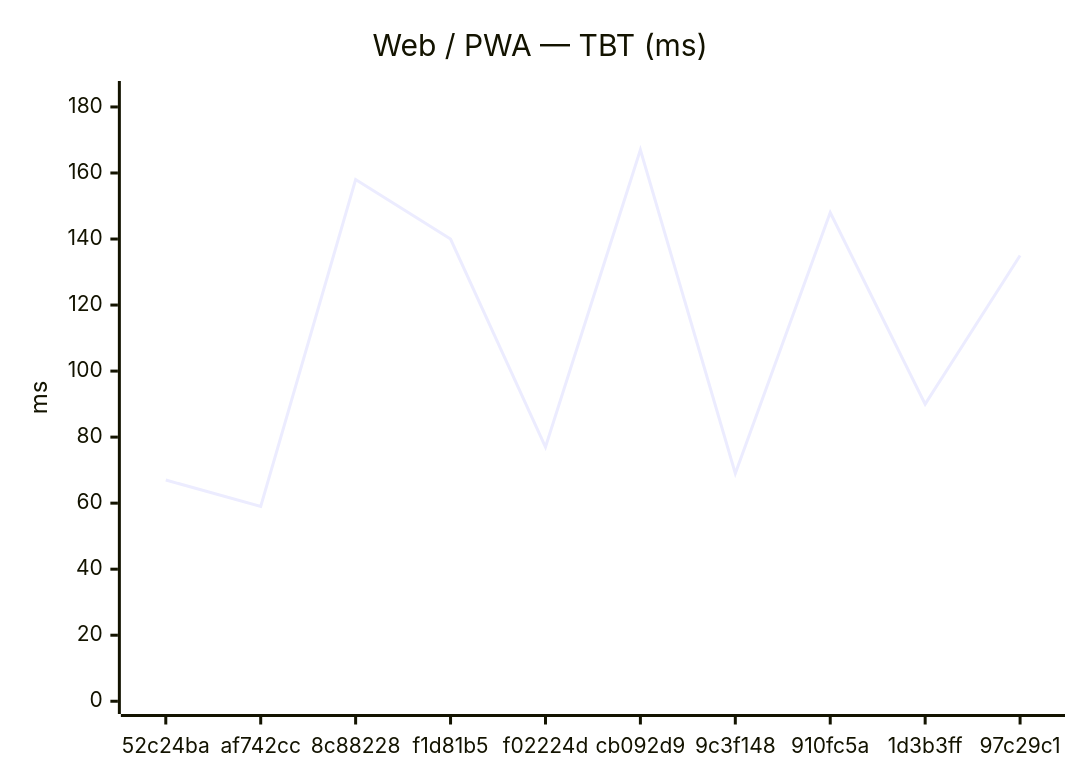
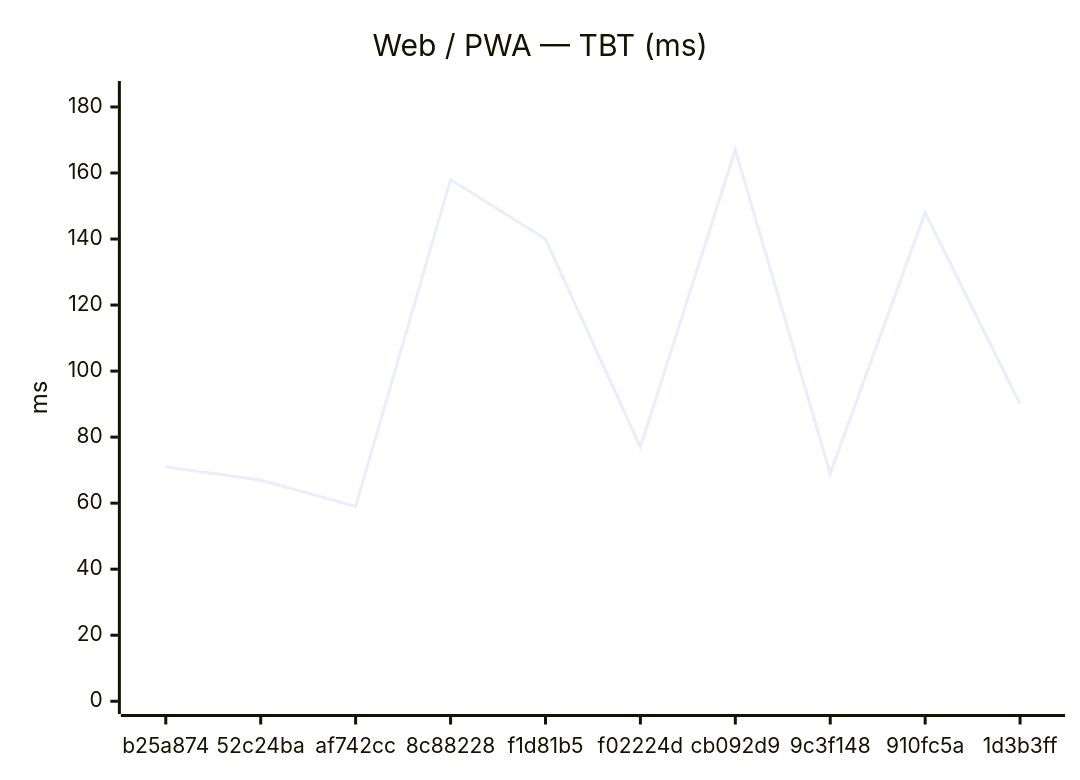
The second of 18 diagrams in benchmarks/compare.md (Metaheurist/Rianell), drawn with Mermaid before and after one commit. The commit also changed other lines of this file and 11 other files, not shown here.

````diff
--- a/benchmarks/compare.md
+++ b/benchmarks/compare.md
@@ -31,7 +31,7 @@
 ```mermaid
 xychart-beta
     title "Web / PWA — TBT (ms)"
-    x-axis ["52c24ba", "af742cc", "8c88228", "f1d81b5", "f02224d", "cb092d9", "9c3f148", "910fc5a", "1d3b3ff", "97c29c1"]
+    x-axis ["b25a874", "52c24ba", "af742cc", "8c88228", "f1d81b5", "f02224d", "cb092d9", "9c3f148", "910fc5a", "1d3b3ff"]
     y-axis "ms" 0 --> 184
-    line [67, 59, 158, 140, 77, 167, 69, 148, 90, 135]
+    line [71, 67, 59, 158, 140, 77, 167, 69, 148, 90]
 ```
````
